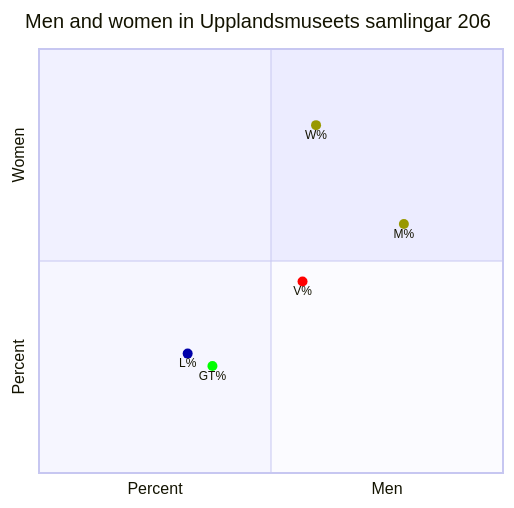
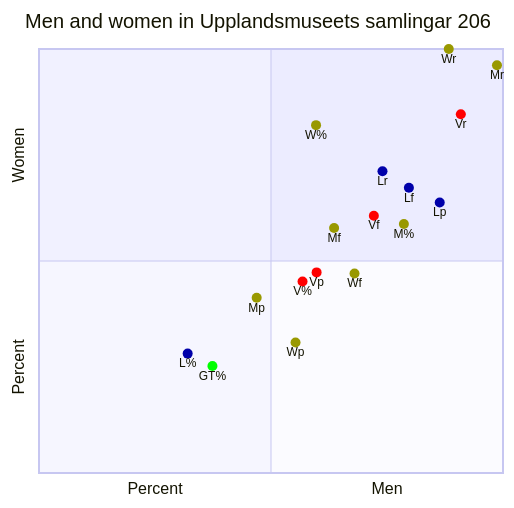
Before and after one commit to Modern36/tropes_1500: the third of 11 diagrams in browser/scatter.md, drawn with Mermaid. The commit also changed other lines of this file and 1 other file, not shown here.

````diff
--- a/browser/scatter.md
+++ b/browser/scatter.md
@@ -44,12 +68,24 @@
 ```mermaid
 quadrantChart
     title Men and women in Upplandsmuseets samlingar 206
     x-axis Percent --> Men
     y-axis Percent --> Women
     M%: [0.7864077669902912, 0.587378640776699] color: #999900
     W%: [0.5970873786407767, 0.8203883495145631] color: #999900
     GT%: [0.3737864077669903, 0.2524271844660194] color: #00FF00
     V%: [0.5679611650485437, 0.45145631067961167] color: #FF0000
     L%: [0.32038834951456313, 0.2815533980582524] color: #0000AA
+    Lf: [0.7972027972027972, 0.6727272727272727]  color: #0000AA
+    Lp: [0.8636363636363636, 0.6379310344827587]  color: #0000AA
+    Lr: [0.7402597402597403, 0.7115384615384616]  color: #0000AA
+    Vf: [0.7216494845360825, 0.6068965517241379]  color: #FF0000
+    Vp: [0.5982905982905983, 0.4731182795698925]  color: #FF0000
+    Vr: [0.9090909090909091, 0.8461538461538461]  color: #FF0000
+    Wf: [0.68, 0.47058823529411764]  color: #999900
+    Wp: [0.5528455284552846, 0.3076923076923077]  color: #999900
+    Wr: [0.8831168831168831, 0.9999]  color: #999900
+    Mf: [0.6359832635983264, 0.5780346820809249]  color: #999900
+    Mp: [0.4691358024691358, 0.4132231404958678]  color: #999900
+    Mr: [0.987012987012987, 0.9615384615384616]  color: #999900
 
 ```
````
